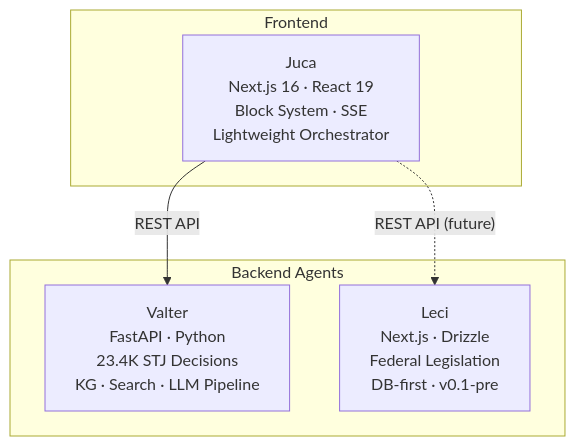
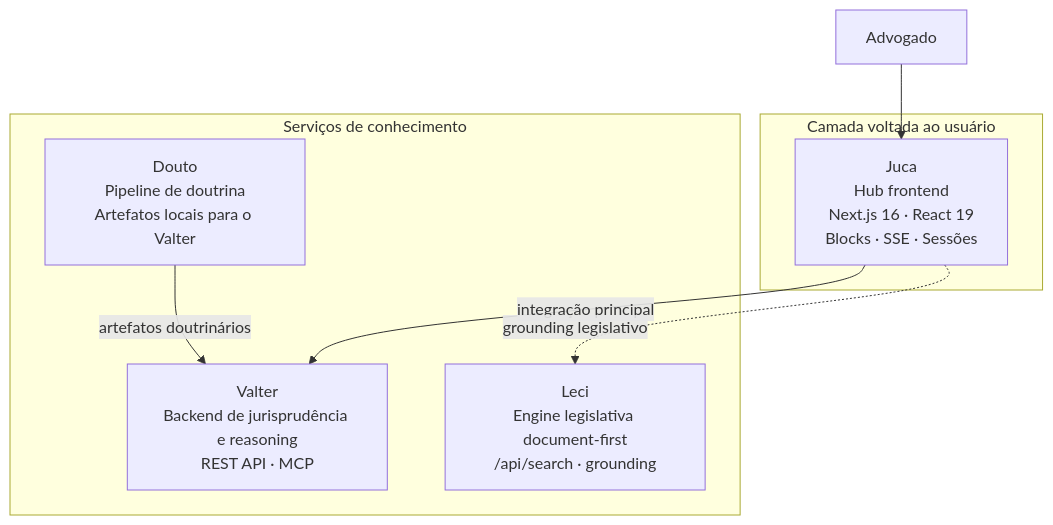
The diagram in sites/juca/src/content/docs/pt-br/index.md (sensdiego/sens.legal), drawn with Mermaid before and after one commit. The commit also changed other lines of this file and 57 other files, not shown here.

````diff
--- a/sites/juca/src/content/docs/pt-br/index.md
+++ b/sites/juca/src/content/docs/pt-br/index.md
@@ -30,12 +30,18 @@
 ```mermaid
 graph TB
-    subgraph "Frontend"
-        Juca["Juca<br/>Next.js 16 · React 19<br/>Block System · SSE<br/>Lightweight Orchestrator"]
+    User["Advogado"]
+
+    subgraph "Camada voltada ao usuário"
+        Juca["Juca<br/>Hub frontend<br/>Next.js 16 · React 19<br/>Blocks · SSE · Sessões"]
     end
-    subgraph "Backend Agents"
-        Valter["Valter<br/>FastAPI · Python<br/>23.4K STJ Decisions<br/>KG · Search · LLM Pipeline"]
-        Leci["Leci<br/>Next.js · Drizzle<br/>Federal Legislation<br/>DB-first · v0.1-pre"]
+    subgraph "Serviços de conhecimento"
+        Valter["Valter<br/>Backend de jurisprudência e reasoning<br/>REST API · MCP"]
+        Leci["Leci<br/>Engine legislativa document-first<br/>/api/search · grounding"]
+        Douto["Douto<br/>Pipeline de doutrina<br/>Artefatos locais para o Valter"]
     end
-    Juca -->|"REST API"| Valter
-    Juca -.->|"REST API (future)"| Leci
+
+    User --> Juca
+    Juca -->|"integração principal"| Valter
+    Juca -.->|"grounding legislativo"| Leci
+    Douto -->|"artefatos doutrinários"| Valter
 ```
````
